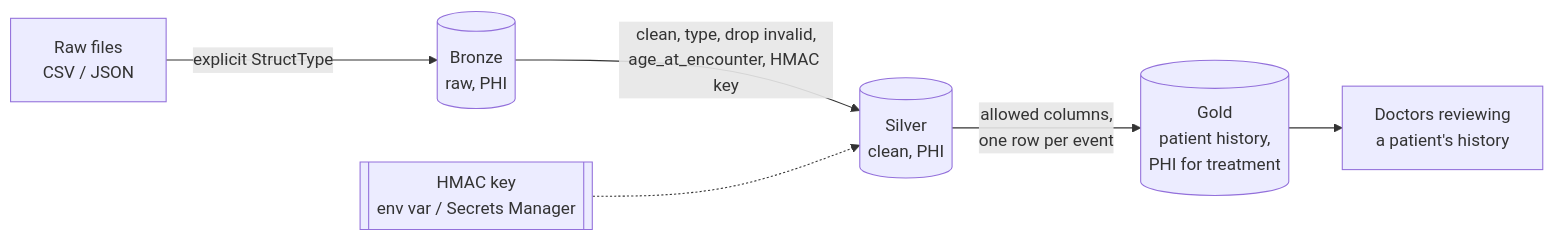
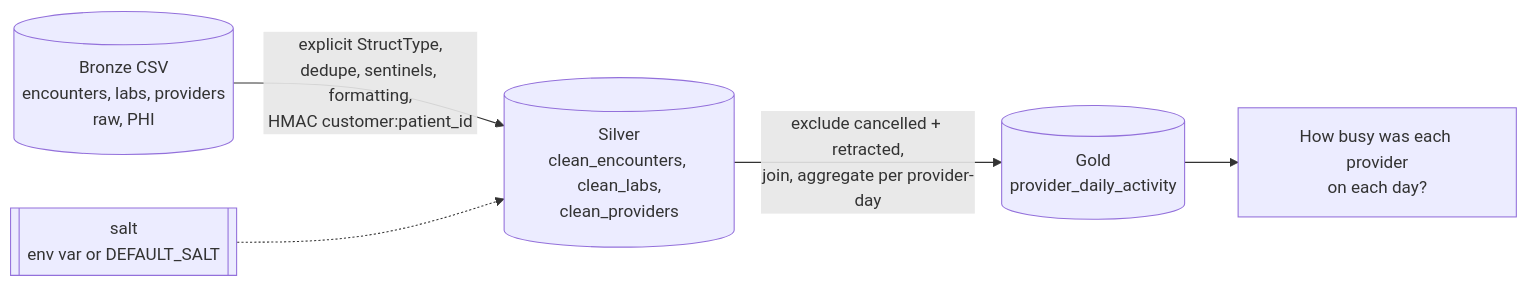
The first of 2 diagrams in _bmad-output/specs/spec-patient-history-pipeline/architecture-diagrams.md (wolfeka42/regard-interview), drawn with Mermaid before and after one commit. The commit also changed 13 other files, not shown here.

First line of the commit message:
docs: course-correct plan to provider daily activity

````diff
--- a/_bmad-output/specs/spec-patient-history-pipeline/architecture-diagrams.md
+++ b/_bmad-output/specs/spec-patient-history-pipeline/architecture-diagrams.md
@@ -5,8 +5,7 @@
 ```mermaid
 flowchart LR
-  raw[Raw files<br/>CSV / JSON] -->|explicit StructType| bronze[(Bronze<br/>raw, PHI)]
-  bronze -->|clean, type, drop invalid,<br/>age_at_encounter, HMAC key| silver[(Silver<br/>clean, PHI)]
-  silver -->|allowed columns,<br/>one row per event| gold[(Gold<br/>patient history,<br/>PHI for treatment)]
-  key[[HMAC key<br/>env var / Secrets Manager]] -.-> silver
-  gold --> doctors[Doctors reviewing<br/>a patient's history]
+  bronze[(Bronze CSV<br/>encounters, labs, providers<br/>raw, PHI)] -->|explicit StructType,<br/>dedupe, sentinels, formatting,<br/>HMAC customer:patient_id| silver[(Silver<br/>clean_encounters, clean_labs,<br/>clean_providers)]
+  silver -->|exclude cancelled + retracted,<br/>join, aggregate per provider-day| gold[(Gold<br/>provider_daily_activity)]
+  salt[[salt<br/>env var or DEFAULT_SALT]] -.-> silver
+  gold --> q["How busy was each provider<br/>on each day?"]
 ```
````
